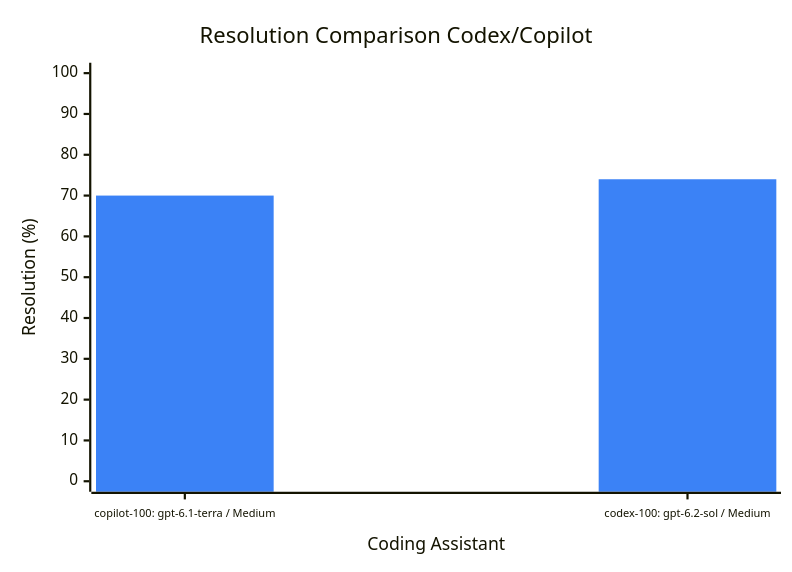
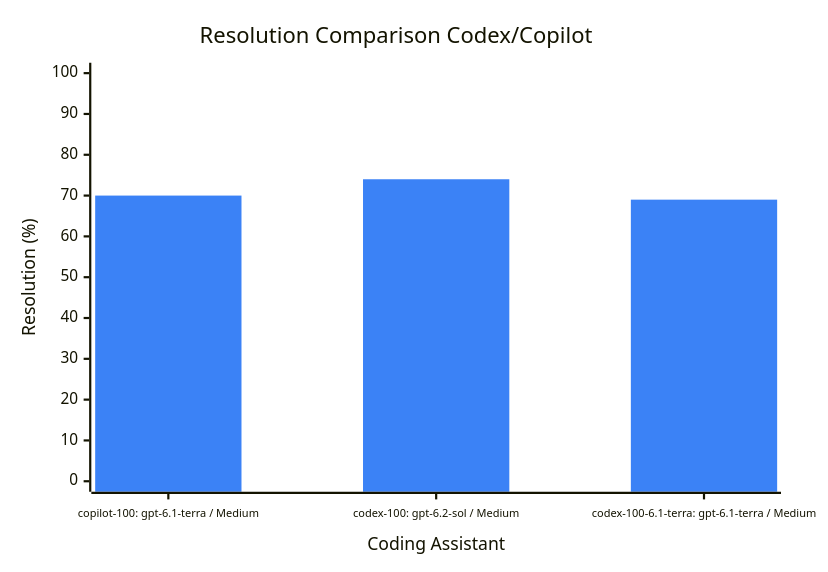
Before and after one commit to jimthompson5802/swebench-experiments-driver: the diagram in docs/swebench-notes.md, drawn with Mermaid. The commit also changed other lines of this file and 6 other files, not shown here.

First line of the commit message:
Add run metadata and test case results for Codex 6.1-Terra evaluation

````diff
--- a/docs/swebench-notes.md
+++ b/docs/swebench-notes.md
@@ -8,16 +8,16 @@
 ```mermaid
 ---
 config:
     themeVariables:
         xyChart:
             plotColorPalette: "#3b82f6"
     xyChart:
         xAxis:
             labelFontSize: 10
 ---
 xychart-beta
     title "Resolution Comparison Codex/Copilot"
-    x-axis "Coding Assistant" ["copilot-100: gpt-6.1-terra / Medium", "codex-100: gpt-6.2-sol / Medium"]
+    x-axis "Coding Assistant" ["copilot-100: gpt-6.1-terra / Medium", "codex-100: gpt-6.2-sol / Medium", "codex-100-6.1-terra: gpt-6.1-terra / Medium"]
     y-axis "Resolution (%)" 0 --> 100
-    bar [70, 74]
+    bar [70, 74, 69]
 ```
````
